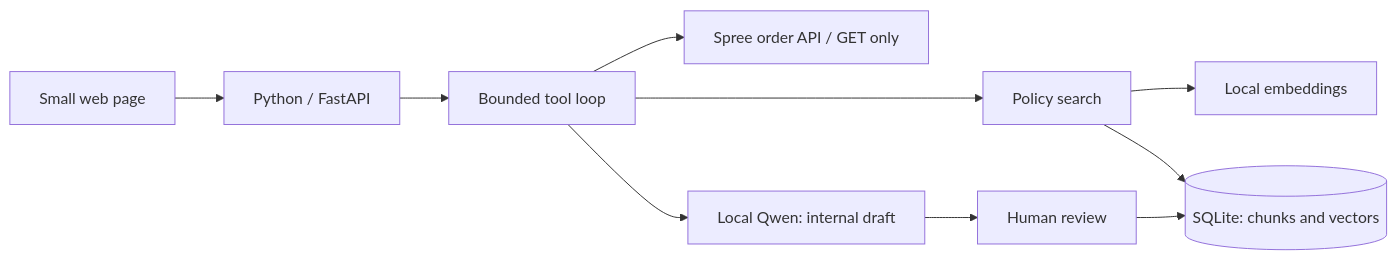
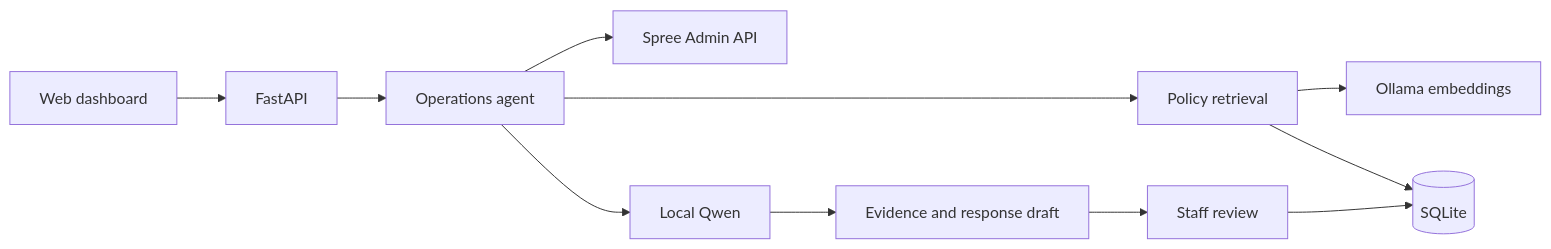
Before and after one commit to Emmanuel-Rono/COA: the diagram in README.md, drawn with Mermaid. The commit also changed other lines of this file and 18 other files, not shown here.

````diff
--- a/README.md
+++ b/README.md
@@ -10,12 +19,13 @@
 ```mermaid
 flowchart LR
-  User[Small web page] --> API[Python / FastAPI]
-  API --> Agent[Bounded tool loop]
-  Agent --> Spree[Spree order API / GET only]
-  Agent --> RAG[Policy search]
-  RAG --> Ollama[Local embeddings]
-  RAG --> DB[(SQLite: chunks and vectors)]
-  Agent --> Qwen[Local Qwen: internal draft]
-  Qwen --> Review[Human review]
-  Review --> DB
+    UI[Web dashboard] --> API[FastAPI]
+    API --> Agent[Operations agent]
+    Agent --> Spree[Spree Admin API]
+    Agent --> Retrieval[Policy retrieval]
+    Retrieval --> Embeddings[Ollama embeddings]
+    Retrieval --> Database[(SQLite)]
+    Agent --> Model[Local Qwen]
+    Model --> Report[Evidence and response draft]
+    Report --> Review[Staff review]
+    Review --> Database
 ```
````
